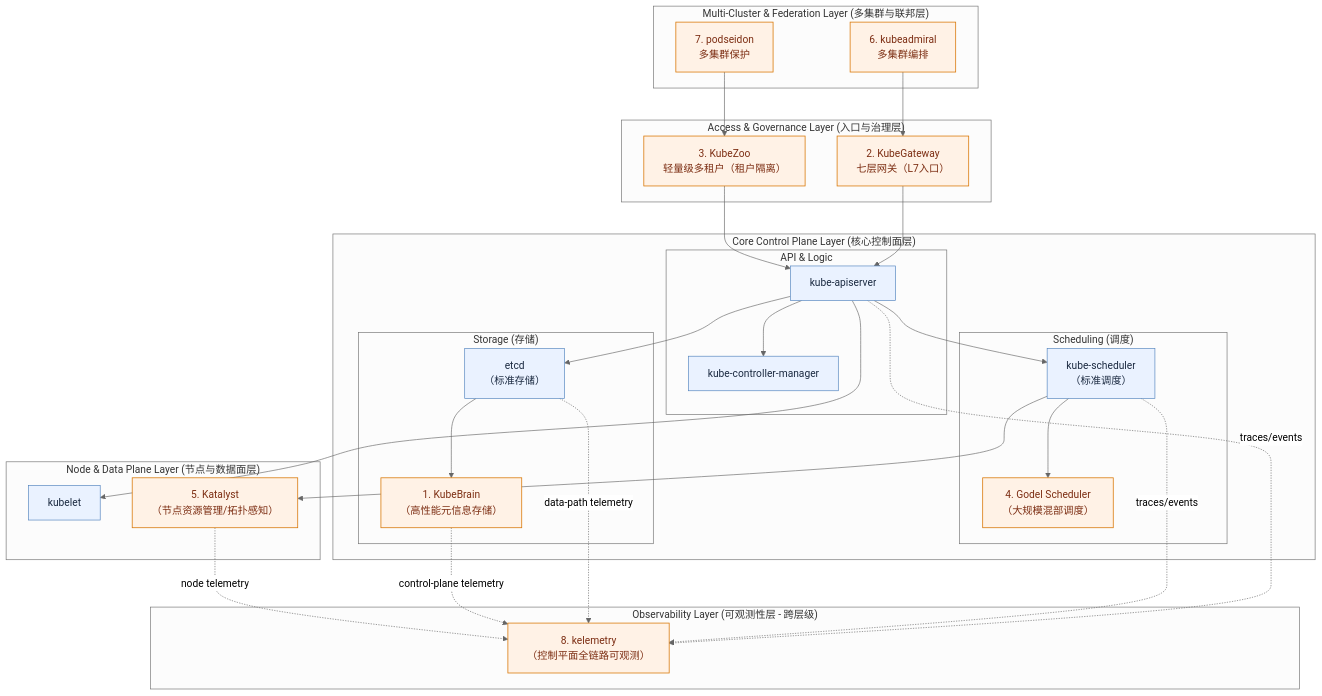
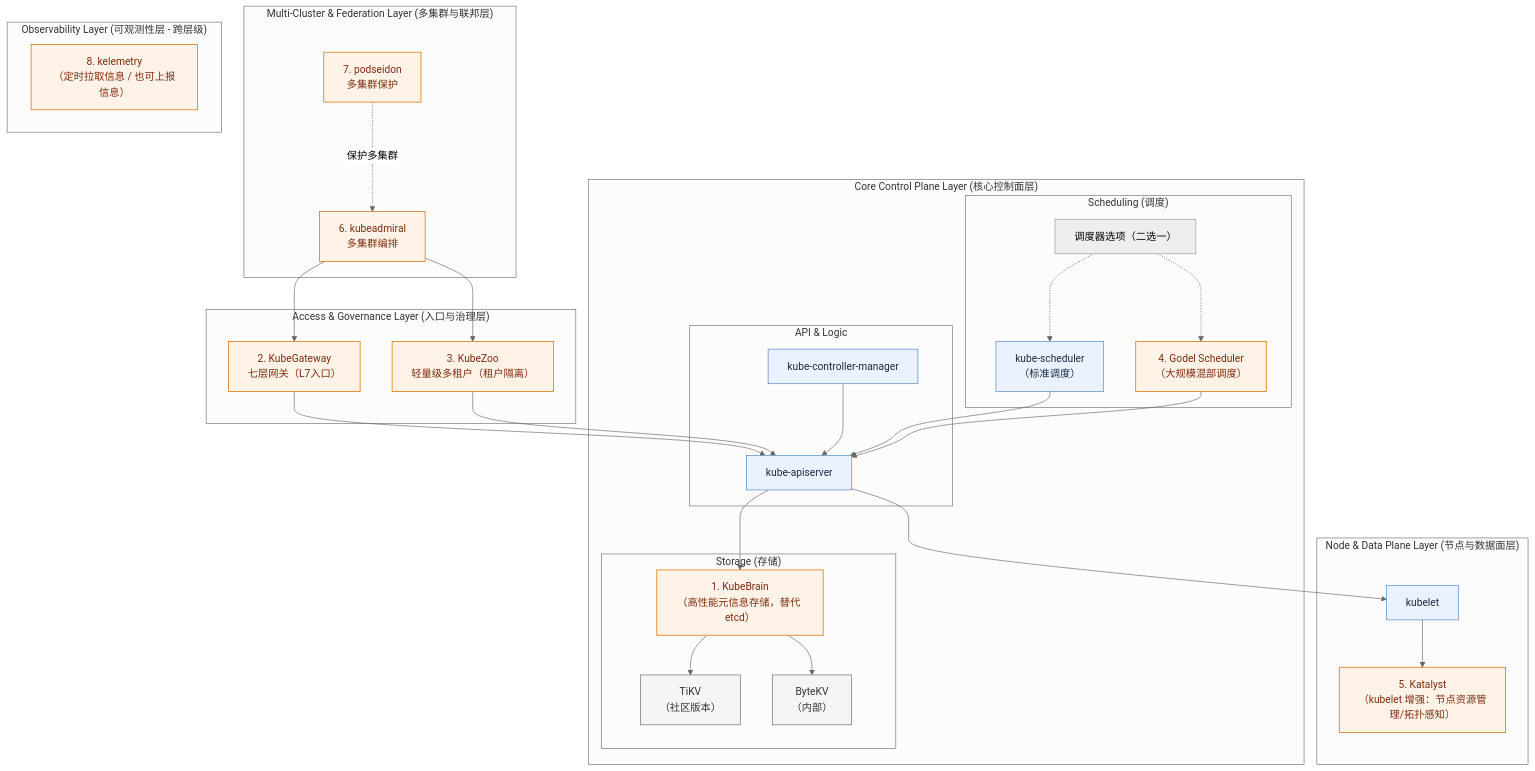
One commit to pacoxu/AI-Infra changed the diagram in case-study/bytedance.md. Above: the diagram before and after it, drawn with Mermaid (neutral theme).

Commit message:
docs(case-study): fix bytedance architecture relations in mermaid

````diff
--- a/case-study/bytedance.md
+++ b/case-study/bytedance.md
@@ -18,62 +18,64 @@
 ```mermaid
 flowchart TB
   subgraph L1["Multi-Cluster & Federation Layer (多集群与联邦层)"]
     KA["6. kubeadmiral<br/>多集群编排"]
     PS["7. podseidon<br/>多集群保护"]
   end
 
   subgraph L2["Access & Governance Layer (入口与治理层)"]
     KGW["2. KubeGateway<br/>七层网关（L7入口）"]
     KZZ["3. KubeZoo<br/>轻量级多租户（租户隔离）"]
   end
 
   subgraph L3["Core Control Plane Layer (核心控制面层)"]
     subgraph API["API & Logic"]
       KAS["kube-apiserver"]
       KCM["kube-controller-manager"]
     end
 
     subgraph SCH["Scheduling (调度)"]
       KSCH["kube-scheduler<br/>（标准调度）"]
       GODEL["4. Godel Scheduler<br/>（大规模混部调度）"]
+      SOPT["调度器选项（二选一）"]
     end
 
     subgraph STO["Storage (存储)"]
-      ETCD["etcd<br/>（标准存储）"]
-      KB["1. KubeBrain<br/>（高性能元信息存储）"]
+      KB["1. KubeBrain<br/>（高性能元信息存储，替代 etcd）"]
+      TIKV["TiKV<br/>（社区版本）"]
+      BKV["ByteKV<br/>（内部）"]
     end
   end
 
   subgraph L4["Node & Data Plane Layer (节点与数据面层)"]
     KLET["kubelet"]
-    KAT["5. Katalyst<br/>（节点资源管理/拓扑感知）"]
+    KAT["5. Katalyst<br/>（kubelet 增强：节点资源管理/拓扑感知）"]
   end
 
   subgraph L5["Observability Layer (可观测性层 - 跨层级)"]
-    KEL["8. kelemetry<br/>（控制平面全链路可观测）"]
+    KEL["8. kelemetry<br/>（定时拉取信息 / 也可上报信息）"]
   end
 
   KA --> KGW
-  PS --> KZZ
+  KA --> KZZ
+  PS -. 保护多集群 .-> KA
   KGW --> KAS
   KZZ --> KAS
-  KAS --> KCM
-  KAS --> KSCH
-  KSCH --> GODEL
-  KAS --> ETCD
-  ETCD --> KB
+  KCM --> KAS
+  KSCH --> KAS
+  GODEL --> KAS
+  SOPT -.-> KSCH
+  SOPT -.-> GODEL
+  KAS --> KB
+  KB --> TIKV
+  KB --> BKV
   KAS --> KLET
-  KSCH --> KAT
-
-  KAS -. traces/events .-> KEL
-  KSCH -. traces/events .-> KEL
-  ETCD -. data-path telemetry .-> KEL
-  KB -. control-plane telemetry .-> KEL
-  KAT -. node telemetry .-> KEL
+  KLET --> KAT
 
   classDef std fill:#eaf2ff,stroke:#4f81bd,color:#1b2a41,stroke-width:1px;
   classDef bt fill:#fff2e6,stroke:#d97706,color:#7c2d12,stroke-width:1.2px;
+  classDef backend fill:#f5f5f5,stroke:#666,color:#333,stroke-width:1px;
 
-  class KAS,KCM,KSCH,ETCD,KLET std;
+  class KAS,KCM,KSCH,KLET std;
   class KA,PS,KGW,KZZ,GODEL,KB,KAT,KEL bt;
+  class TIKV,BKV backend;
 ```
````
